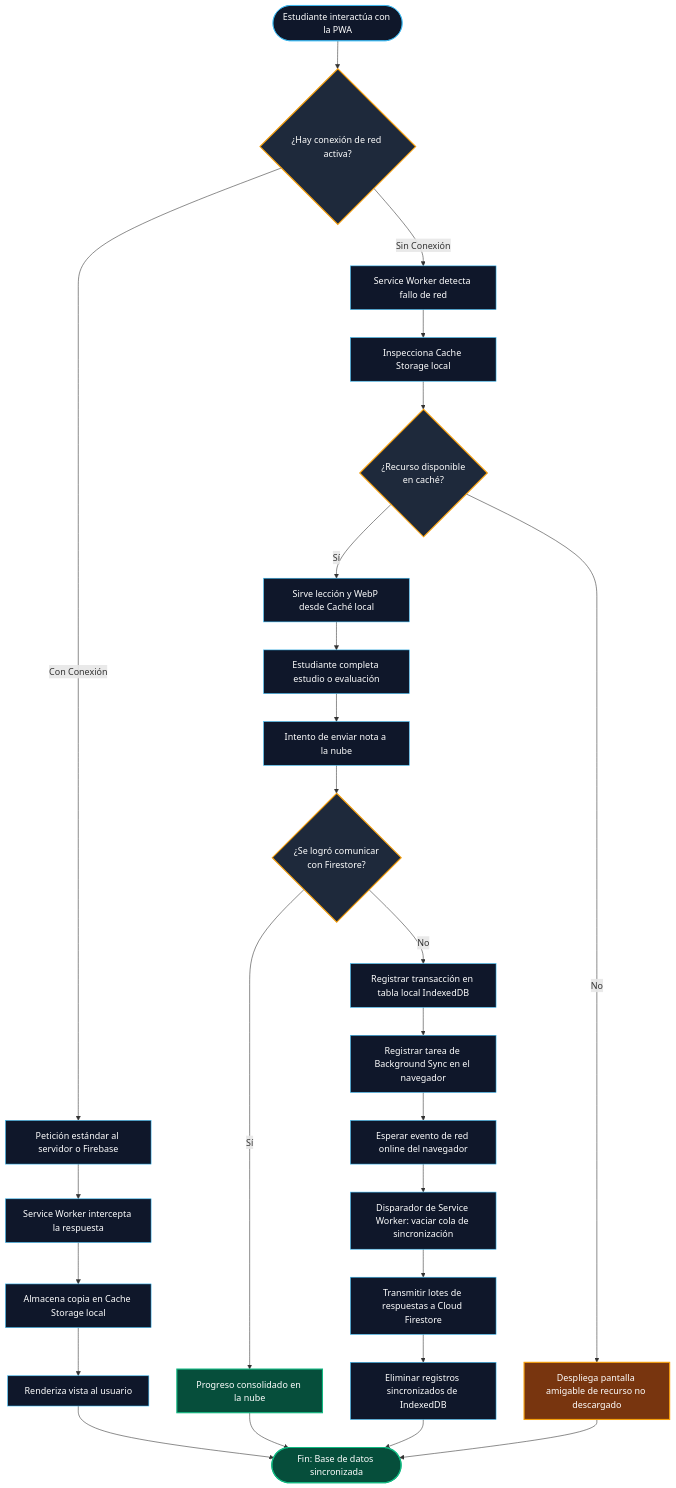
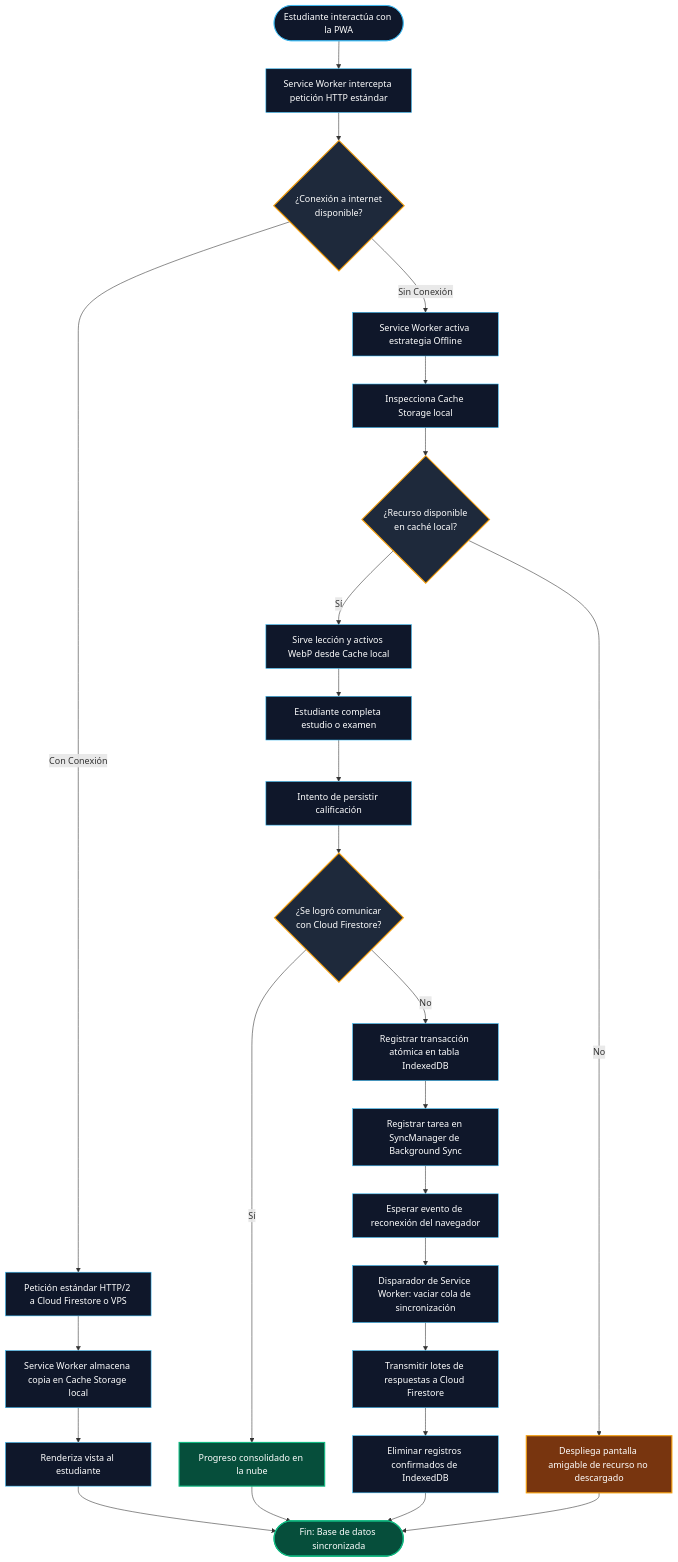
One commit to upds-software-engineering/Yapu changed diagram 12 of 12 in Docs/mapa_de_diagramas.md. Above: the diagram before and after it, drawn with Mermaid. The commit also changed other lines of this file and 8 other files, not shown here.

Commit message:
docs(actividad-03): album de modelos UML IEEE 1016, informe APA 7, presentacion y guion de defensa

````diff
--- a/Docs/mapa_de_diagramas.md
+++ b/Docs/mapa_de_diagramas.md
@@ -686,43 +1061,44 @@
 ```mermaid
 flowchart TD
-    A([Estudiante interactúa con la PWA]) --> B{¿Hay conexión de red activa?}
+    A([Estudiante interactúa con la PWA]) --> B[Service Worker intercepta petición HTTP estándar]
     
-    B -->|Con Conexión| C[Petición estándar al servidor o Firebase]
-    C --> D[Service Worker intercepta la respuesta]
-    D --> E[Almacena copia en Cache Storage local]
-    E --> F[Renderiza vista al usuario]
+    B --> C{¿Conexión a internet<br/>disponible?}
     
-    B -->|Sin Conexión| G[Service Worker detecta fallo de red]
+    C -->|Con Conexión| D[Petición estándar HTTP/2 a Cloud Firestore o VPS]
+    D --> E[Service Worker almacena copia en Cache Storage local]
+    E --> F[Renderiza vista al estudiante]
+    
+    C -->|Sin Conexión| G[Service Worker activa estrategia Offline]
     G --> H[Inspecciona Cache Storage local]
-    H --> I{¿Recurso disponible<br/>en caché?}
+    H --> I{¿Recurso disponible<br/>en caché local?}
     
-    I -->|Sí| J[Sirve lección y WebP desde Caché local]
+    I -->|Sí| J[Sirve lección y activos WebP desde Cache local]
     I -->|No| K[Despliega pantalla amigable de recurso no descargado]
     
-    J --> L[Estudiante completa estudio o evaluación]
-    L --> M[Intento de enviar nota a la nube]
-    M --> N{¿Se logró comunicar<br/>con Firestore?}
+    J --> L[Estudiante completa estudio o examen]
+    L --> M[Intento de persistir calificación]
+    M --> N{¿Se logró comunicar<br/>con Cloud Firestore?}
     
     N -->|Sí| O[Progreso consolidado en la nube]
-    N -->|No| P[Registrar transacción en tabla local IndexedDB]
-    P --> Q[Registrar tarea de Background Sync en el navegador]
+    N -->|No| P[Registrar transacción atómica en tabla IndexedDB]
+    P --> Q[Registrar tarea en SyncManager de Background Sync]
     
-    Q --> R[Esperar evento de red online del navegador]
+    Q --> R[Esperar evento de reconexión del navegador]
     R --> S[Disparador de Service Worker: vaciar cola de sincronización]
     S --> T[Transmitir lotes de respuestas a Cloud Firestore]
-    T --> U[Eliminar registros sincronizados de IndexedDB]
+    T --> U[Eliminar registros confirmados de IndexedDB]
     U --> V([Fin: Base de datos sincronizada])
     O --> V
     F --> V
     K --> V
 
     classDef normal fill:#0f172a,stroke:#38bdf8,stroke-width:1px,color:#ffffff;
     classDef cond fill:#1e293b,stroke:#f59e0b,stroke-width:2px,color:#ffffff;
     classDef ok fill:#064e3b,stroke:#10b981,stroke-width:2px,color:#ffffff;
     classDef warn fill:#78350f,stroke:#f59e0b,stroke-width:2px,color:#ffffff;
 
-    class A,C,D,E,F,G,H,J,L,M,P,Q,R,S,T,U normal;
-    class B,I,N cond;
+    class A,B,D,E,F,G,H,J,L,M,P,Q,R,S,T,U normal;
+    class C,I,N cond;
     class O,V ok;
     class K warn;
 ```
````
